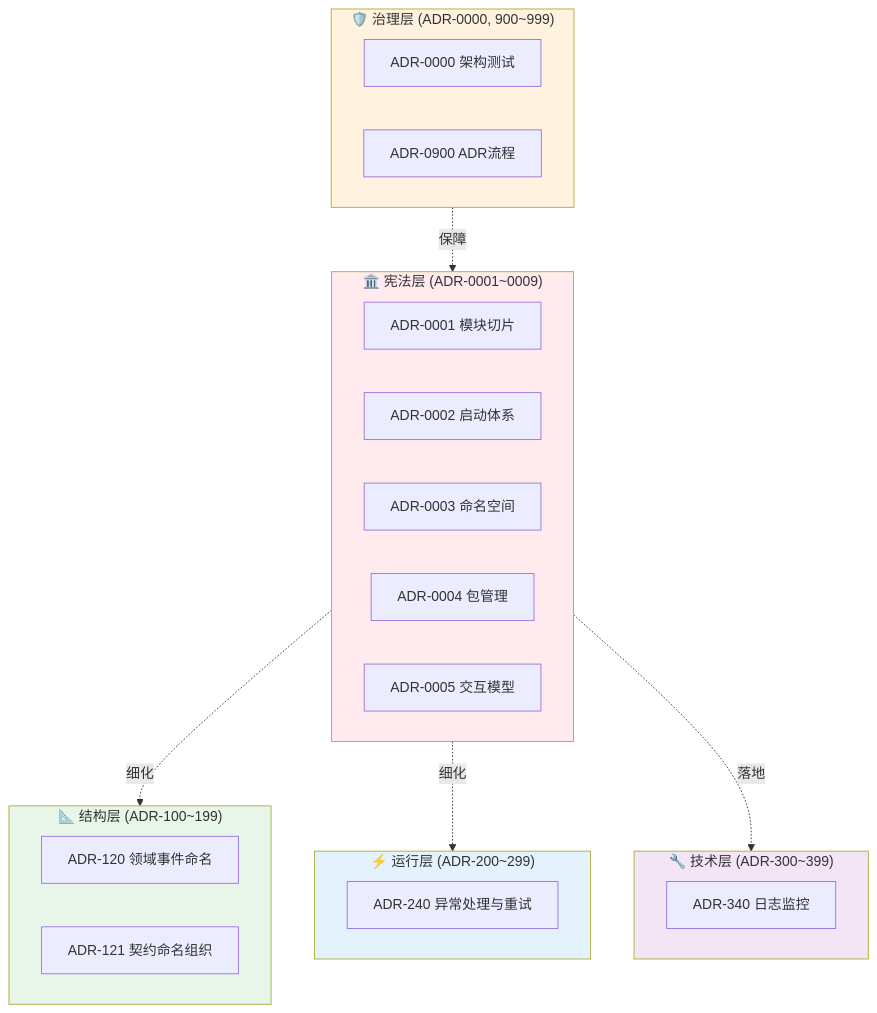
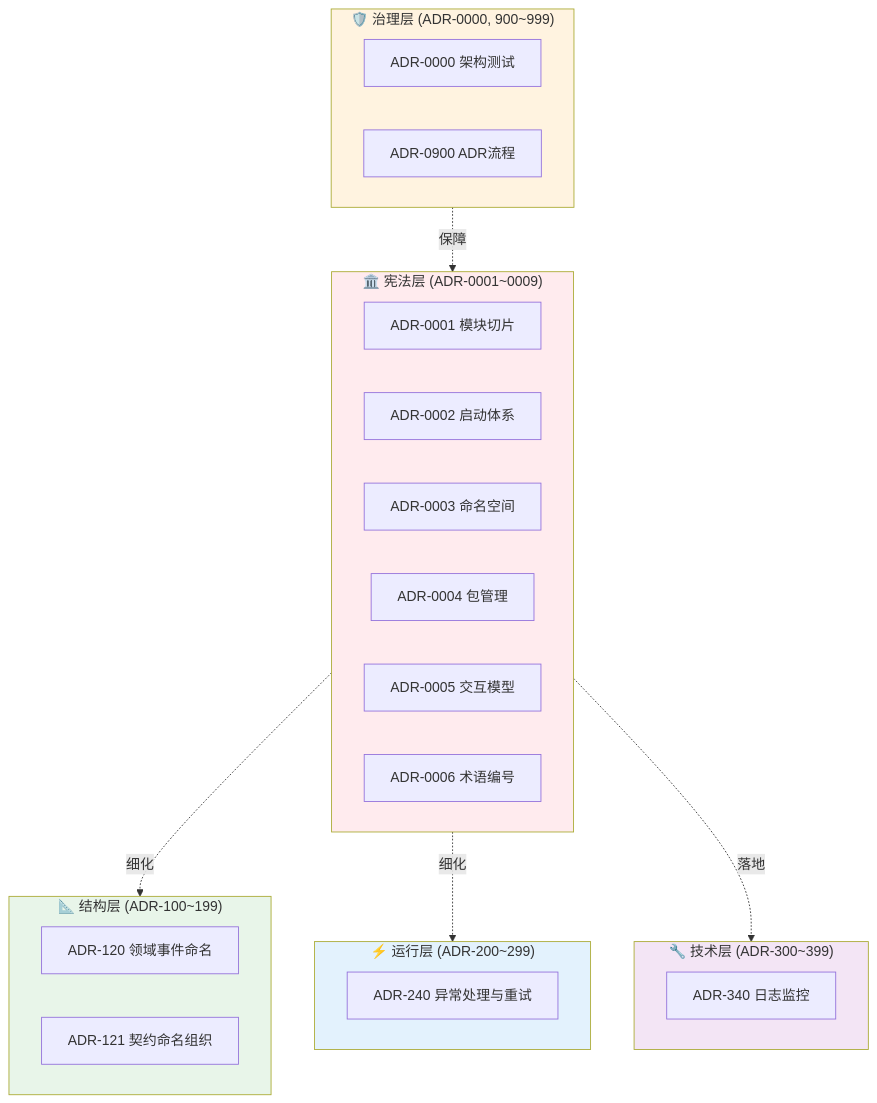
Before and after one commit to douhuaa/Zss.BilliardHall: the diagram in docs/adr/README.md, drawn with Mermaid. The commit also changed other lines of this file and 3 other files, not shown here.

````diff
--- a/docs/adr/README.md
+++ b/docs/adr/README.md
@@ -78,38 +78,39 @@
 ```mermaid
 graph TB
     subgraph Constitutional["🏛️ 宪法层 (ADR-0001~0009)"]
         C1[ADR-0001 模块切片]
         C2[ADR-0002 启动体系]
         C3[ADR-0003 命名空间]
         C4[ADR-0004 包管理]
         C5[ADR-0005 交互模型]
+        C6[ADR-0006 术语编号]
     end
 
     subgraph Governance["🛡️ 治理层 (ADR-0000, 900~999)"]
         G0[ADR-0000 架构测试]
         G900[ADR-0900 ADR流程]
     end
 
     subgraph Structure["📐 结构层 (ADR-100~199)"]
         S120[ADR-120 领域事件命名]
         S121[ADR-121 契约命名组织]
     end
 
     subgraph Runtime["⚡ 运行层 (ADR-200~299)"]
         R240[ADR-240 异常处理与重试]
     end
 
     subgraph Technical["🔧 技术层 (ADR-300~399)"]
         T340[ADR-340 日志监控]
     end
 
     Governance -. 保障 .-> Constitutional
     Constitutional -. 细化 .-> Structure
     Constitutional -. 细化 .-> Runtime
     Constitutional -. 落地 .-> Technical
     style Constitutional fill: #ffebee
     style Governance fill: #fff3e0
     style Structure fill: #e8f5e9
     style Runtime fill: #e3f2fd
     style Technical fill: #f3e5f5
 ```
````
